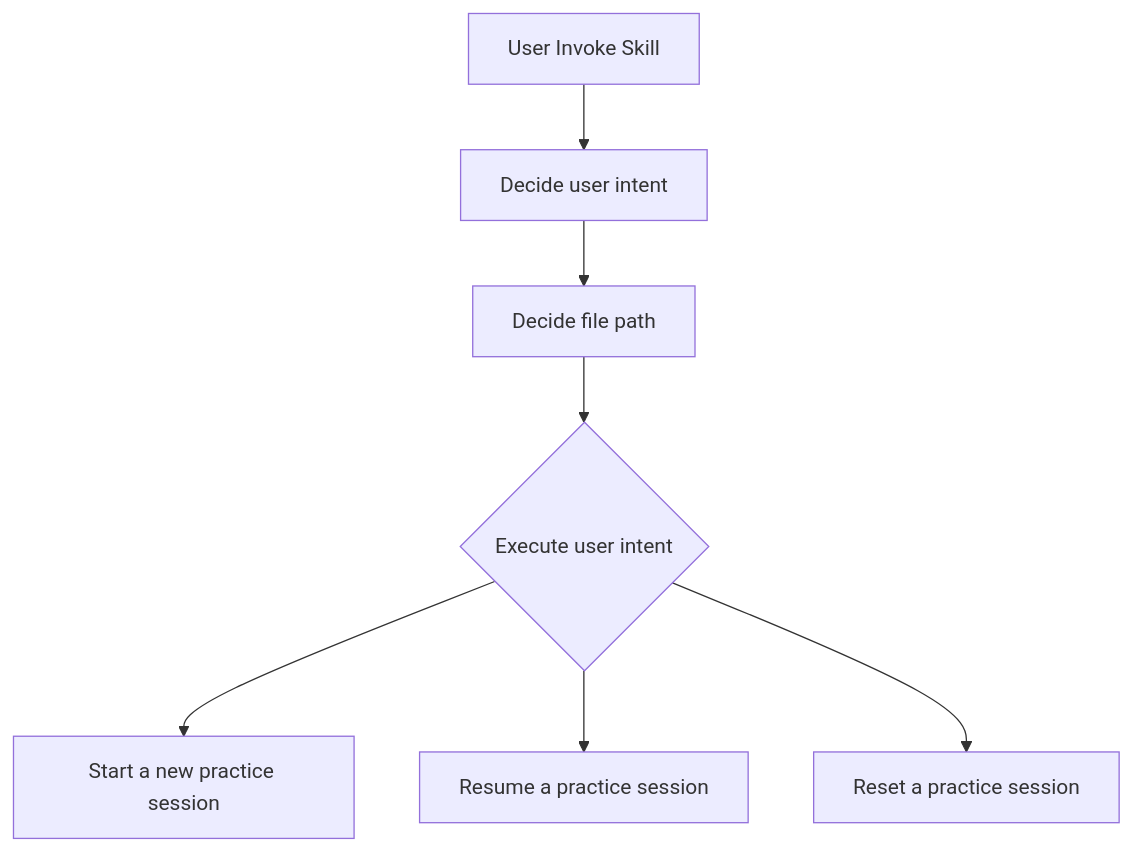
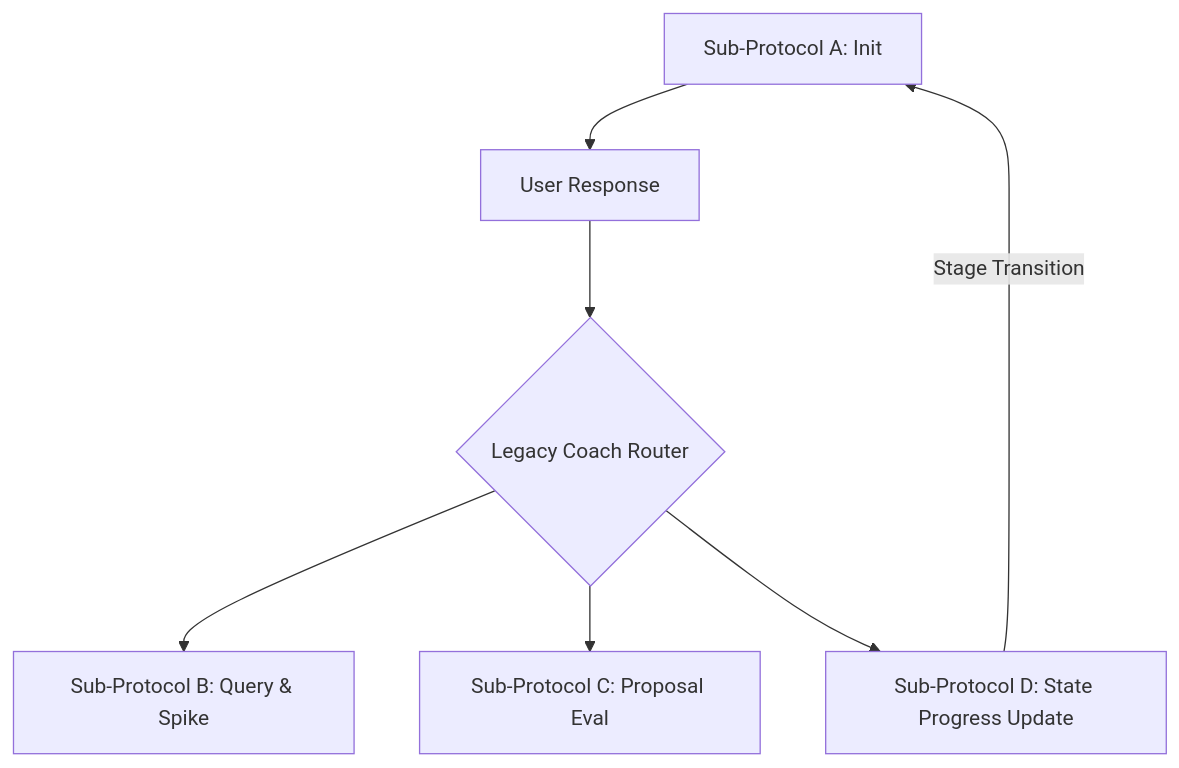
One commit to MyNameIsTakenOMG/my-coaches changed the first of 4 diagrams in docs/architecture-log.md. Above: the diagram before and after it, drawn with Mermaid. The commit also changed other lines of this file, not shown here.

Commit message:
doc: update design log to match V2 Sequential Intent-Loop architecture, close #11

````diff
--- a/docs/architecture-log.md
+++ b/docs/architecture-log.md
@@ -44,9 +44,9 @@
 ```mermaid
 flowchart TD
-    A[User Invoke Skill] -->B[Decide user intent]
-    B --> C[Decide file path]
-    C --> D{Execute user intent}
-    D --> E[Start a new practice session]
-    D --> F[Resume a practice session]
-    D --> G[Reset a practice session]
+    SubA[Sub-Protocol A: Init] --> UserResp[User Response]
+    UserResp --> Coach{Legacy Coach Router}
+    Coach --> SubB[Sub-Protocol B: Query & Spike]
+    Coach --> SubC[Sub-Protocol C: Proposal Eval]
+    Coach --> SubD[Sub-Protocol D: State Progress Update]
+    SubD -- Stage Transition --> SubA
 ```
````
